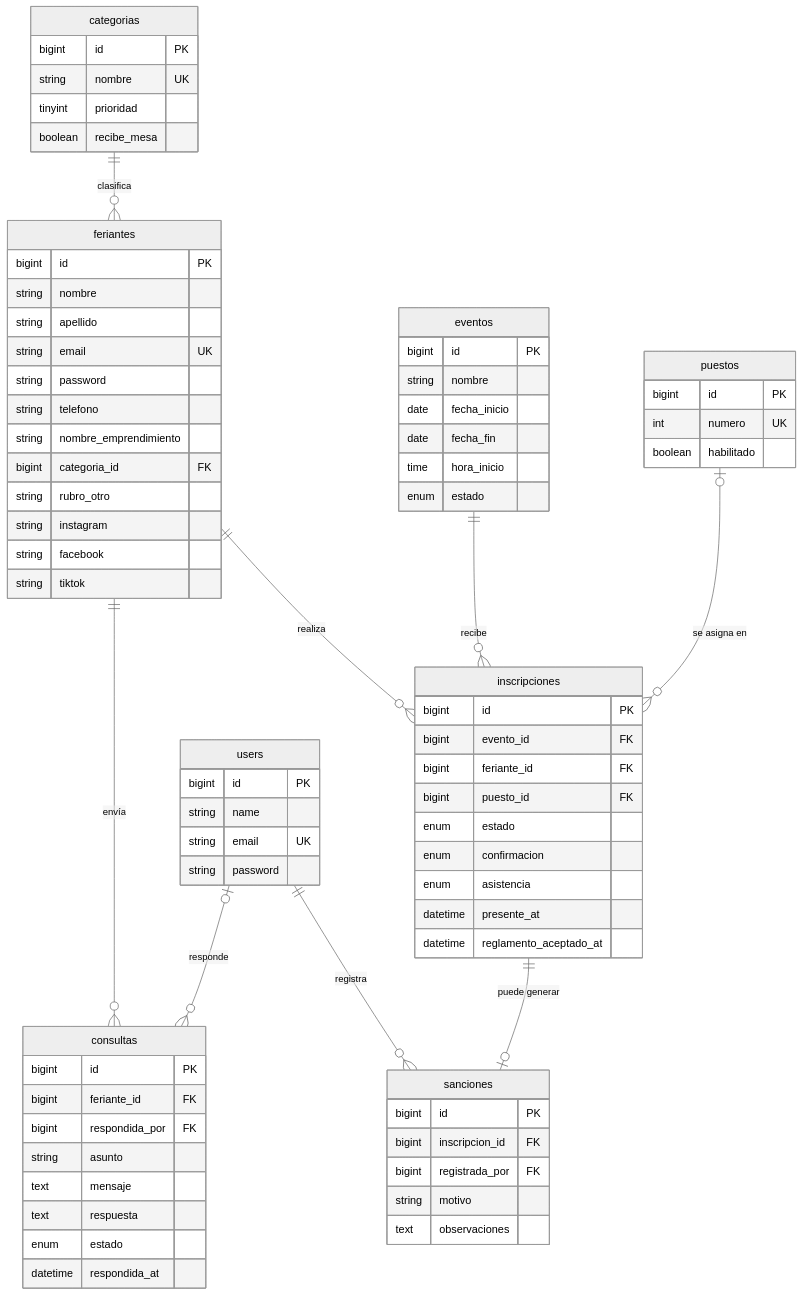
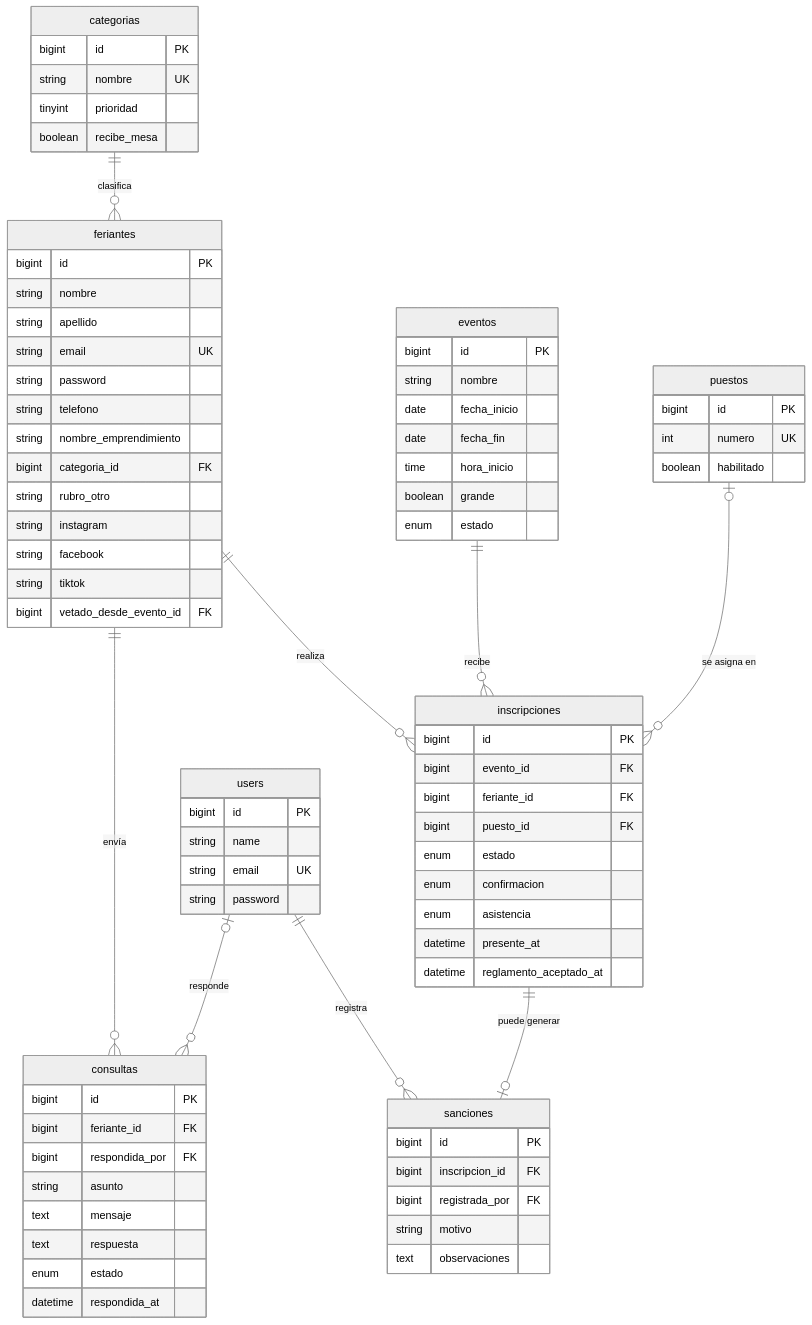
Before and after one commit to lucisoler/Feriaza_PracticaProfesionalizante3: the second of 2 diagrams in docs/modelo-de-datos.md, drawn with Mermaid (neutral theme). The commit also changed other lines of this file and 45 other files, not shown here.

````diff
--- a/docs/modelo-de-datos.md
+++ b/docs/modelo-de-datos.md
@@ -53,79 +53,81 @@
 ```mermaid
 erDiagram
     categorias ||--o{ feriantes : "clasifica"
     feriantes ||--o{ inscripciones : "realiza"
     eventos ||--o{ inscripciones : "recibe"
     puestos |o--o{ inscripciones : "se asigna en"
     inscripciones ||--o| sanciones : "puede generar"
     feriantes ||--o{ consultas : "envía"
     users ||--o{ sanciones : "registra"
     users |o--o{ consultas : "responde"
 
     users {
         bigint id PK
         string name
         string email UK
         string password
     }
     categorias {
         bigint id PK
         string nombre UK
         tinyint prioridad
         boolean recibe_mesa
     }
     feriantes {
         bigint id PK
         string nombre
         string apellido
         string email UK
         string password
         string telefono
         string nombre_emprendimiento
         bigint categoria_id FK
         string rubro_otro
         string instagram
         string facebook
         string tiktok
+        bigint vetado_desde_evento_id FK
     }
     eventos {
         bigint id PK
         string nombre
         date fecha_inicio
         date fecha_fin
         time hora_inicio
+        boolean grande
         enum estado
     }
     puestos {
         bigint id PK
         int numero UK
         boolean habilitado
     }
     inscripciones {
         bigint id PK
         bigint evento_id FK
         bigint feriante_id FK
         bigint puesto_id FK
         enum estado
         enum confirmacion
         enum asistencia
         datetime presente_at
         datetime reglamento_aceptado_at
     }
     sanciones {
         bigint id PK
         bigint inscripcion_id FK
         bigint registrada_por FK
         string motivo
         text observaciones
     }
     consultas {
         bigint id PK
         bigint feriante_id FK
         bigint respondida_por FK
         string asunto
         text mensaje
         text respuesta
         enum estado
         datetime respondida_at
     }
 ```
````
